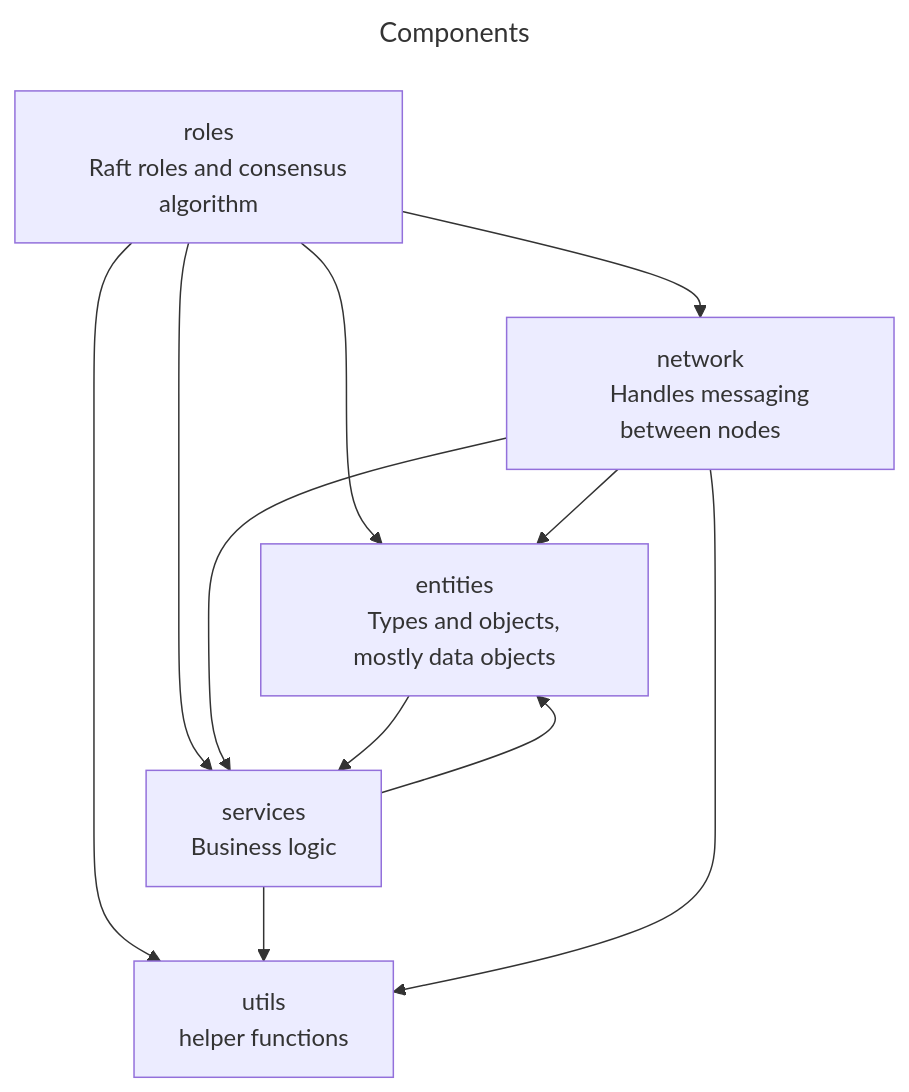
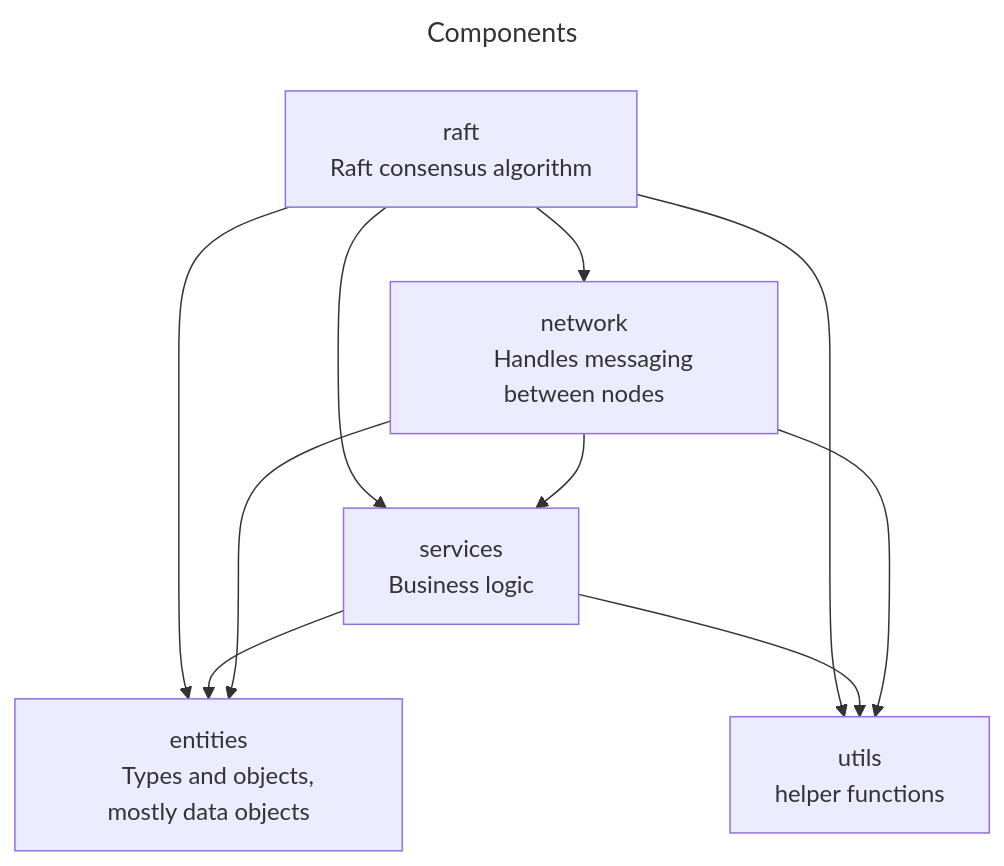
One commit to DS-project-2025-team/ds-project-2025 changed the first of 2 diagrams in docs/architecture.md. Above: the diagram before and after it, drawn with Mermaid.

Commit message:
docs: Update architecture

````diff
--- a/docs/architecture.md
+++ b/docs/architecture.md
@@ -3,42 +3,40 @@
 ```mermaid
 ---
 title: Components
 ---
 graph
 
-roles[
-    roles
-    Raft roles and consensus algorithm
+raft[
+    raft
+    Raft consensus algorithm
 ]
 network[
     network
     Handles messaging between nodes
 ]
 services[
     services
     Business logic
 ]
 entities[
     entities
     Types and objects, mostly data objects
 ]
 utils[
     utils
     helper functions
 ]
 
 
-roles --> network
-roles --> services
-roles --> utils
-roles --> entities
+raft --> network
+raft --> services
+raft --> utils
+raft --> entities
 
 services --> utils
 services --> entities
 
 network --> entities
 network --> services
 network --> utils
-
-entities --> services
 ```
````
